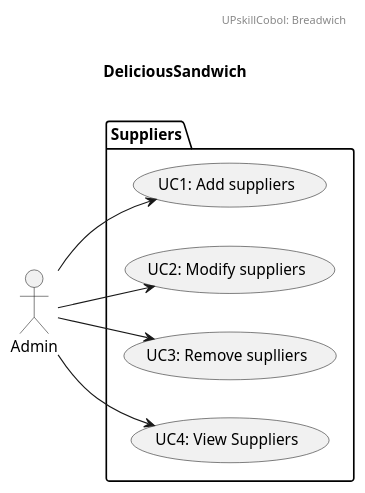
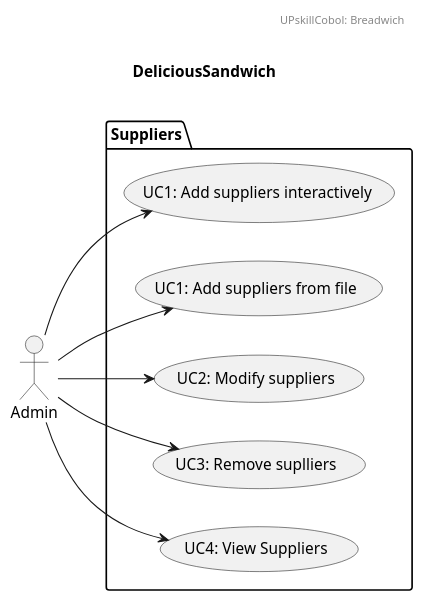
The diagram in Part2/documentation/UCSuppliers.puml (UpSkillCobol/lab2), drawn with PlantUML before and after one commit.

Commit message:
Update UCSuppliers.puml
Added the add suppliers from file

```diff
--- a/Part2/documentation/UCSuppliers.puml
+++ b/Part2/documentation/UCSuppliers.puml
@@ -1,23 +1,25 @@
 @startuml
 left to right direction
 
 header
 UPskillCobol: Breadwich
 endheader
 
 title \nDeliciousSandwich\n
 
 
 
 package Suppliers {
-  usecase "UC1: Add suppliers" as UC1
-  usecase "UC2: Modify suppliers" as UC2
-  usecase "UC3: Remove suplliers" as UC3
-  usecase "UC4: View Suppliers" as UC4
+  usecase "UC1: Add suppliers interactively" as UC1
+  usecase "UC1: Add suppliers from file" as UC2
+  usecase "UC2: Modify suppliers" as UC3
+  usecase "UC3: Remove suplliers" as UC4
+  usecase "UC4: View Suppliers" as UC5
 }
 
 Admin --> UC1
 Admin --> UC2
 Admin --> UC3
 Admin --> UC4
+Admin --> UC5
 @enduml
```
